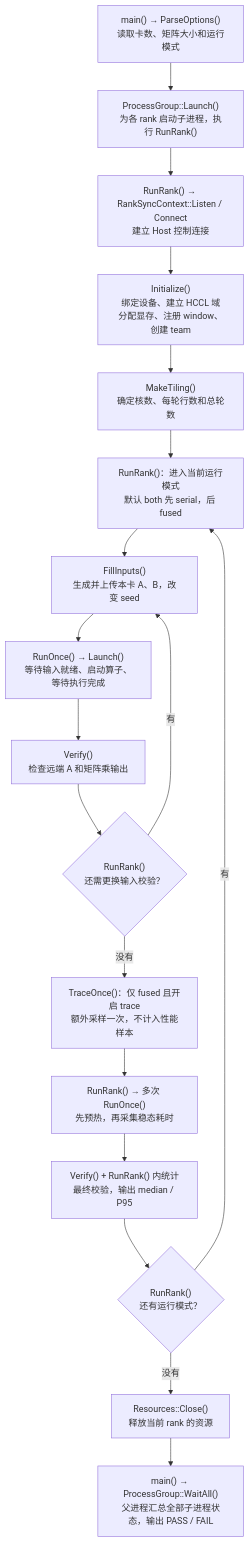
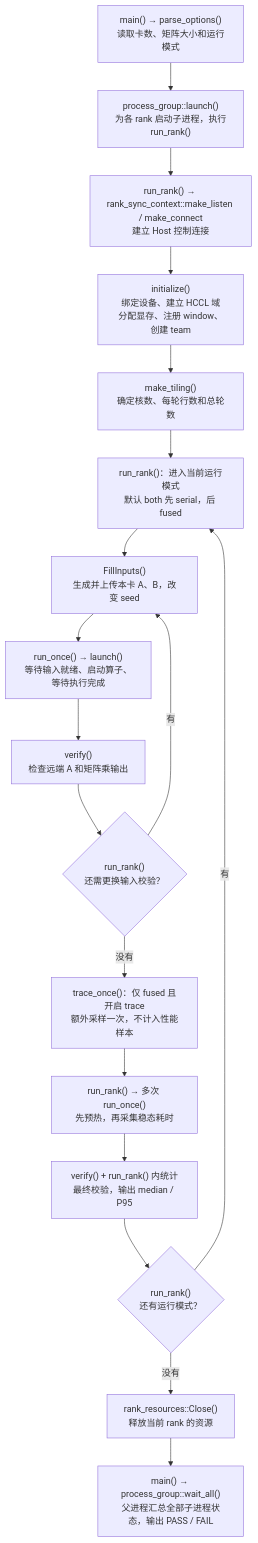
Before and after one commit to Atlas-Ascend-Fork/asc-comm: the first of 2 diagrams in examples/aicore/ain/02_all_gather_matmul/ain_blaze_agmm_flow.md, drawn with Mermaid. The commit also changed other lines of this file and 146 other files, not shown here.

````diff
--- a/examples/aicore/ain/02_all_gather_matmul/ain_blaze_agmm_flow.md
+++ b/examples/aicore/ain/02_all_gather_matmul/ain_blaze_agmm_flow.md
@@ -44,25 +44,25 @@
 ```mermaid
 flowchart TD
-    A["main() → ParseOptions()<br/>读取卡数、矩阵大小和运行模式"]
-    B["ProcessGroup::Launch()<br/>为各 rank 启动子进程，执行 RunRank()"]
-    C["RunRank() → RankSyncContext::Listen / Connect<br/>建立 Host 控制连接"]
-    D["Initialize()<br/>绑定设备、建立 HCCL 域<br/>分配显存、注册 window、创建 team"]
-    E["MakeTiling()<br/>确定核数、每轮行数和总轮数"]
-    F["RunRank()：进入当前运行模式<br/>默认 both 先 serial，后 fused"]
+    A["main() → parse_options()<br/>读取卡数、矩阵大小和运行模式"]
+    B["process_group::launch()<br/>为各 rank 启动子进程，执行run_rank()"]
+    C["run_rank() → rank_sync_context::make_listen / make_connect<br/>建立 Host 控制连接"]
+    D["initialize()<br/>绑定设备、建立 HCCL 域<br/>分配显存、注册 window、创建 team"]
+    E["make_tiling()<br/>确定核数、每轮行数和总轮数"]
+    F["run_rank()：进入当前运行模式<br/>默认 both 先 serial，后 fused"]
     G["FillInputs()<br/>生成并上传本卡 A、B，改变 seed"]
-    H["RunOnce() → Launch()<br/>等待输入就绪、启动算子、等待执行完成"]
-    I["Verify()<br/>检查远端 A 和矩阵乘输出"]
-    J{"RunRank()<br/>还需更换输入校验？"}
-    K["TraceOnce()：仅 fused 且开启 trace<br/>额外采样一次，不计入性能样本"]
-    L["RunRank() → 多次 RunOnce()<br/>先预热，再采集稳态耗时"]
-    M["Verify() + RunRank() 内统计<br/>最终校验，输出 median / P95"]
-    N{"RunRank()<br/>还有运行模式？"}
-    O["Resources::Close()<br/>释放当前 rank 的资源"]
-    P["main() → ProcessGroup::WaitAll()<br/>父进程汇总全部子进程状态，输出 PASS / FAIL"]
+    H["run_once() → launch()<br/>等待输入就绪、启动算子、等待执行完成"]
+    I["verify()<br/>检查远端 A 和矩阵乘输出"]
+    J{"run_rank()<br/>还需更换输入校验？"}
+    K["trace_once()：仅 fused 且开启 trace<br/>额外采样一次，不计入性能样本"]
+    L["run_rank() → 多次 run_once()<br/>先预热，再采集稳态耗时"]
+    M["verify() + run_rank() 内统计<br/>最终校验，输出 median / P95"]
+    N{"run_rank()<br/>还有运行模式？"}
+    O["rank_resources::Close()<br/>释放当前 rank 的资源"]
+    P["main() → process_group::wait_all()<br/>父进程汇总全部子进程状态，输出 PASS / FAIL"]
     A --> B --> C --> D --> E --> F --> G --> H --> I --> J
     J -->|有| G
     J -->|没有| K
     K --> L --> M --> N
     N -->|有| F
     N -->|没有| O --> P
 ```
````
